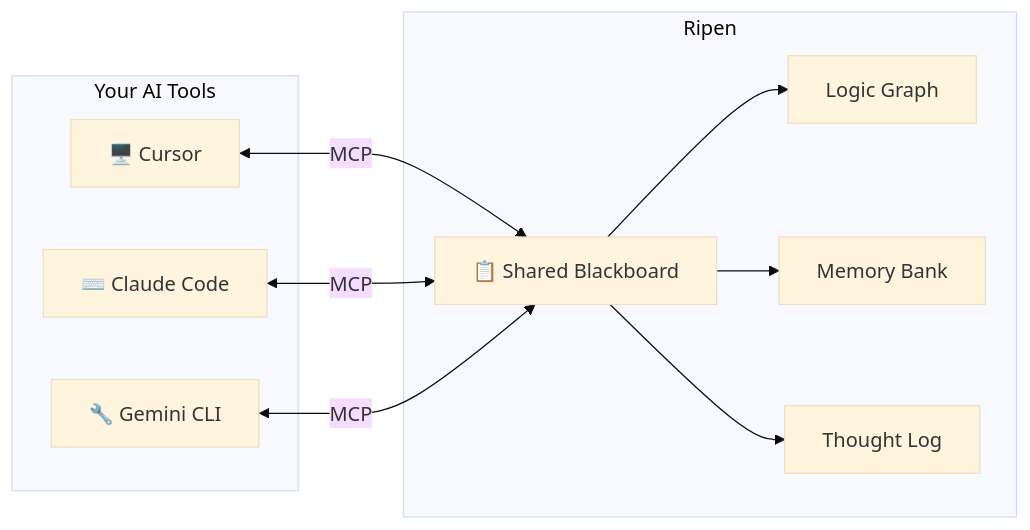
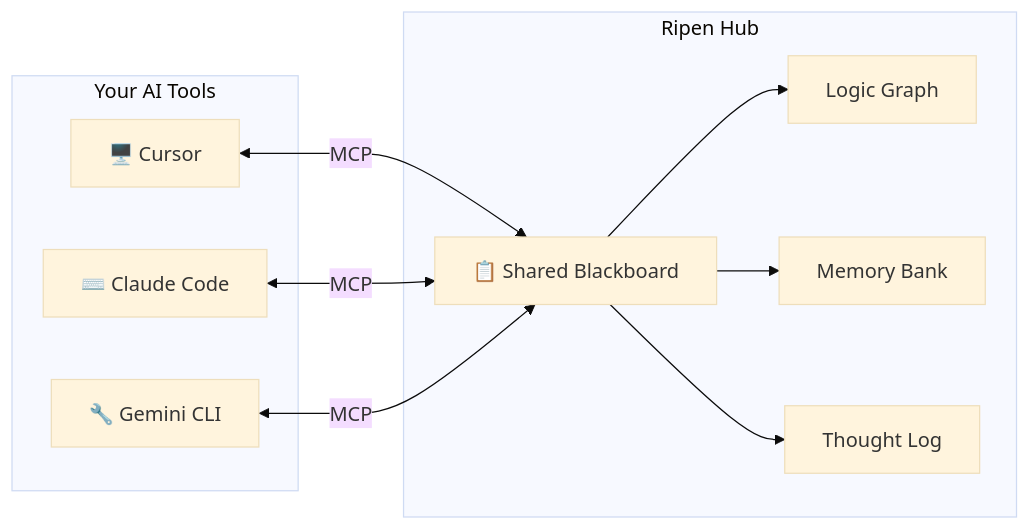
One commit to ayato-labs/ripen changed the diagram in README.md. Above: the diagram before and after it, drawn with Mermaid (base theme). The commit also changed other lines of this file and 4 other files, not shown here.

````diff
--- a/README.md
+++ b/README.md
@@ -32,17 +45,17 @@
 ```mermaid
 graph LR
     subgraph "Your AI Tools"
         A1["🖥️ Cursor"]
         A2["⌨️ Claude Code"]
         A3["🔧 Gemini CLI"]
     end
-    subgraph "Ripen"
+    subgraph "Ripen Hub"
         M["📋 Shared Blackboard"]
         M --> G["Logic Graph"]
         M --> B["Memory Bank"]
         M --> T["Thought Log"]
     end
     A1 <-->|MCP| M
     A2 <-->|MCP| M
     A3 <-->|MCP| M
 ```
````
